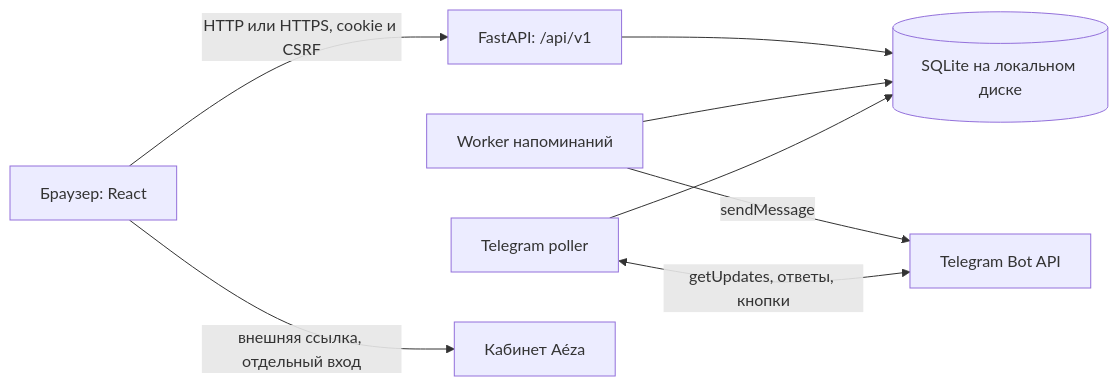
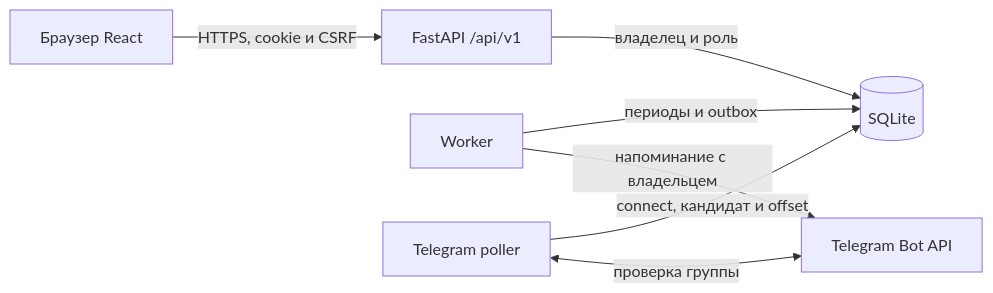
Before and after one commit to MadSparr0w0/aeza-renewals: the diagram in docs/project-guide.md, drawn with Mermaid. The commit also changed other lines of this file and 17 other files, not shown here.

````diff
--- a/docs/project-guide.md
+++ b/docs/project-guide.md
@@ -65,10 +78,9 @@
 ```mermaid
 flowchart LR
-    B[Браузер: React] -->|HTTP или HTTPS, cookie и CSRF| A[FastAPI: /api/v1]
-    A --> D[(SQLite на локальном диске)]
-    W[Worker напоминаний] --> D
-    P[Telegram poller] --> D
-    W -->|sendMessage| T[Telegram Bot API]
-    P <-->|getUpdates, ответы, кнопки| T
-    B -->|внешняя ссылка, отдельный вход| C[Кабинет Aéza]
+    B[Браузер React] -->|HTTPS, cookie и CSRF| A[FastAPI /api/v1]
+    A -->|владелец и роль| D[(SQLite)]
+    W[Worker] -->|периоды и outbox| D
+    P[Telegram poller] -->|connect, кандидат и offset| D
+    P <-->|проверка группы| T[Telegram Bot API]
+    W -->|напоминание с владельцем| T
 ```
````
